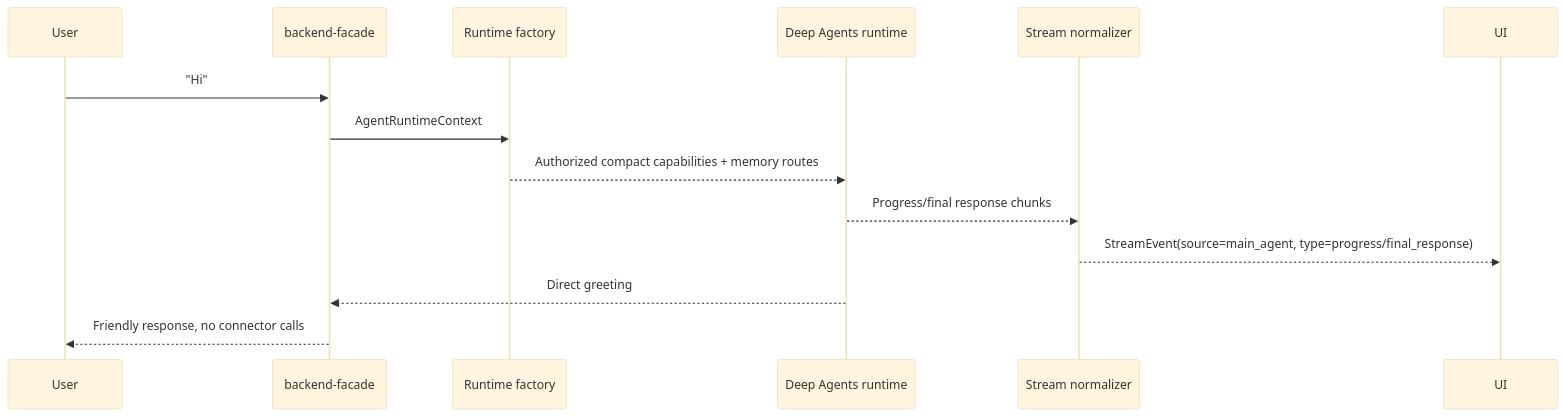
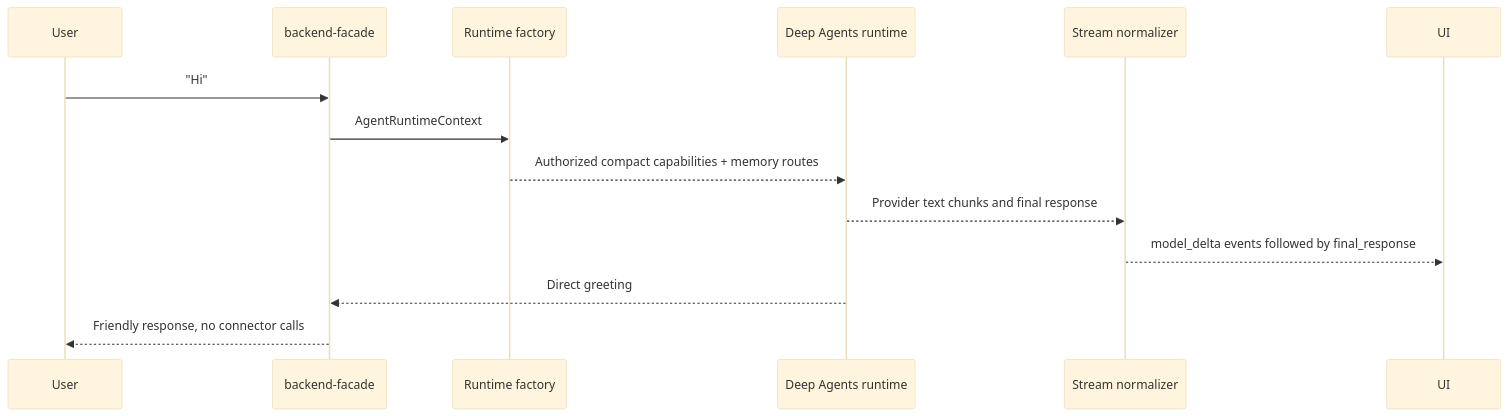
Before and after one commit to 0x-copilot-dev/0x-copilot: the third of 8 diagrams in services/ai-backend/docs/architecture/data-flow.md, drawn with Mermaid (base theme). The commit also changed other lines of this file and 8 other files, not shown here.

````diff
--- a/services/ai-backend/docs/architecture/data-flow.md
+++ b/services/ai-backend/docs/architecture/data-flow.md
@@ -119,17 +121,17 @@
 ```mermaid
 sequenceDiagram
   participant User
   participant Facade as backend-facade
   participant Factory as Runtime factory
   participant Runtime as Deep Agents runtime
   participant Normalizer as Stream normalizer
   participant UI
 
   User->>Facade: "Hi"
   Facade->>Factory: AgentRuntimeContext
   Factory-->>Runtime: Authorized compact capabilities + memory routes
-  Runtime-->>Normalizer: Progress/final response chunks
-  Normalizer-->>UI: StreamEvent(source=main_agent, type=progress/final_response)
+  Runtime-->>Normalizer: Provider text chunks and final response
+  Normalizer-->>UI: model_delta events followed by final_response
   Runtime-->>Facade: Direct greeting
   Facade-->>User: Friendly response, no connector calls
 ```
````
